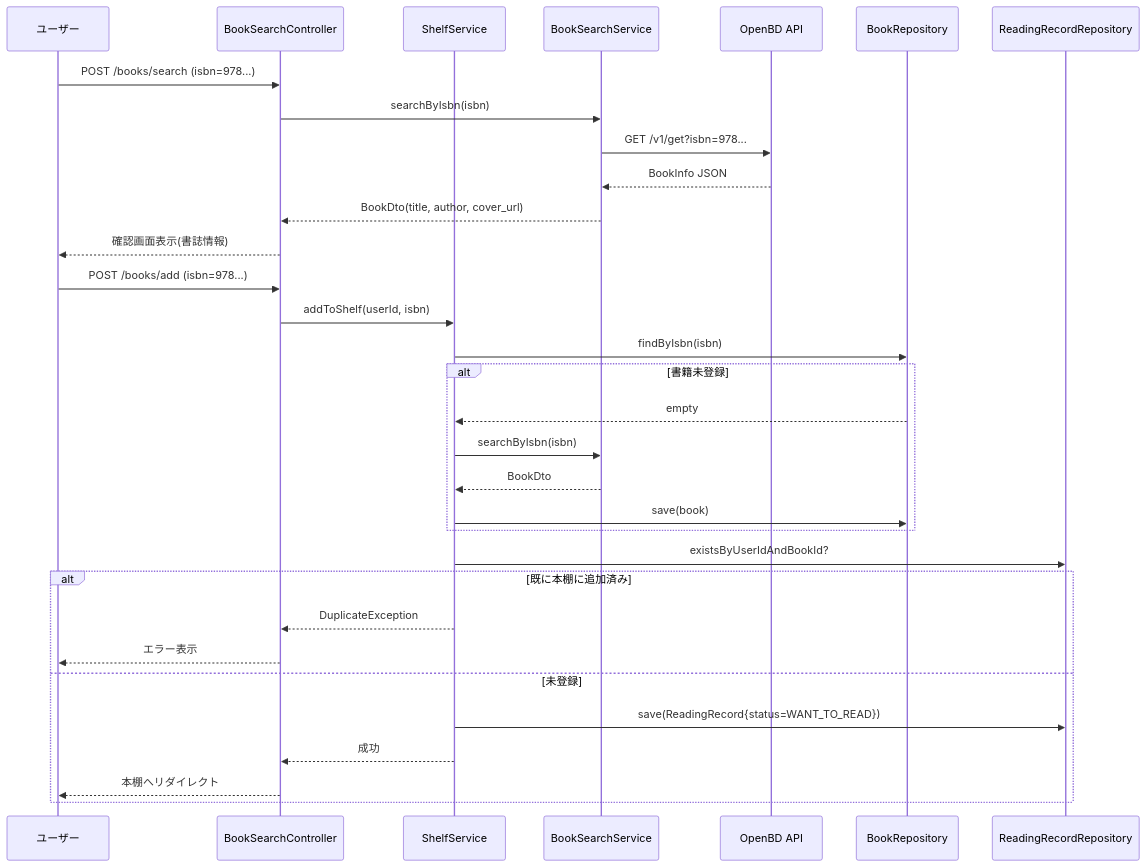
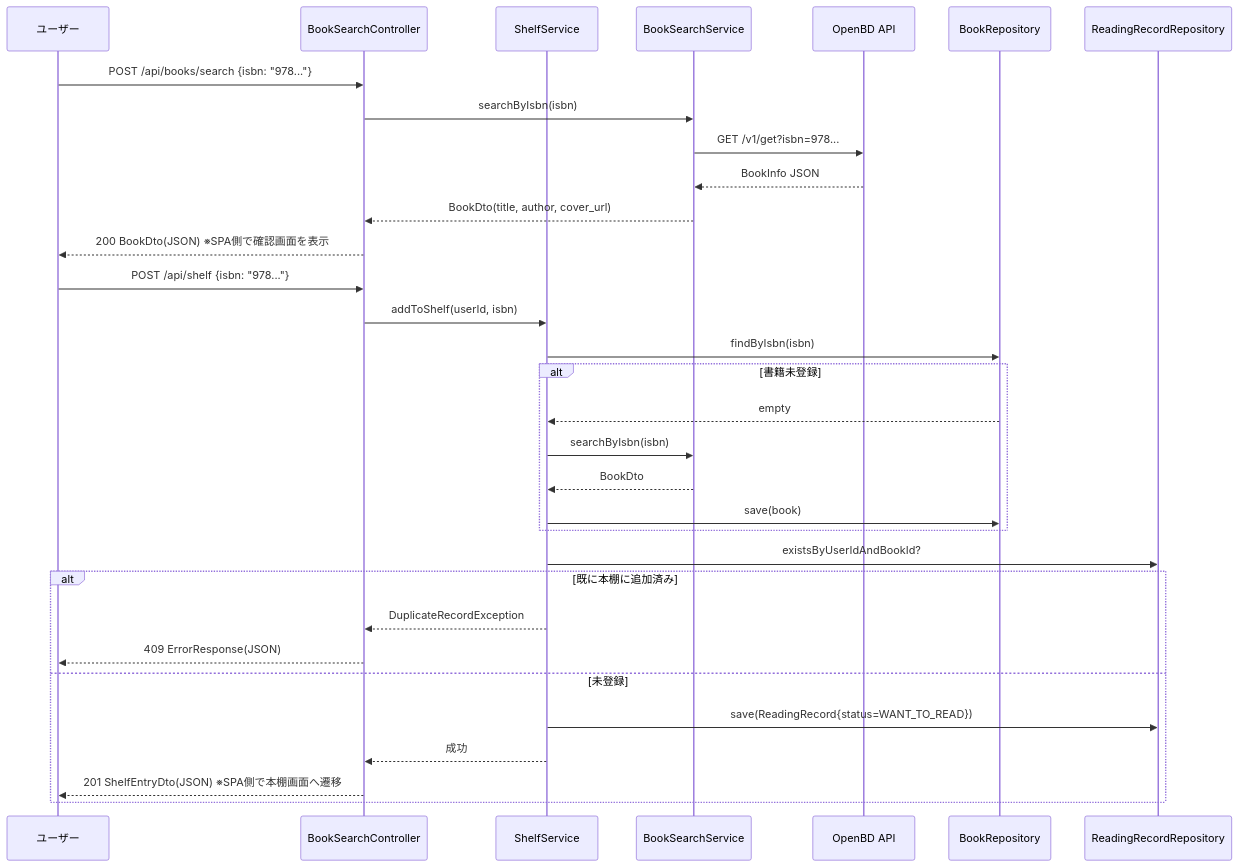
Before and after one commit to ichi-269/Bukuro: the third of 8 diagrams in docs/functional-design.md, drawn with Mermaid. The commit also changed other lines of this file and 104 other files, not shown here.

````diff
--- a/docs/functional-design.md
+++ b/docs/functional-design.md
@@ -289,36 +289,36 @@
 ```mermaid
 sequenceDiagram
     participant User as ユーザー
     participant Controller as BookSearchController
     participant ShelfSvc as ShelfService
     participant BookSearchSvc as BookSearchService
     participant OpenBD as OpenBD API
     participant BookRepo as BookRepository
     participant RecordRepo as ReadingRecordRepository
 
-    User->>Controller: POST /books/search (isbn=978...)
+    User->>Controller: POST /api/books/search {isbn: "978..."}
     Controller->>BookSearchSvc: searchByIsbn(isbn)
     BookSearchSvc->>OpenBD: GET /v1/get?isbn=978...
     OpenBD-->>BookSearchSvc: BookInfo JSON
     BookSearchSvc-->>Controller: BookDto(title, author, cover_url)
-    Controller-->>User: 確認画面表示(書誌情報)
+    Controller-->>User: 200 BookDto(JSON) ※SPA側で確認画面を表示
 
-    User->>Controller: POST /books/add (isbn=978...)
+    User->>Controller: POST /api/shelf {isbn: "978..."}
     Controller->>ShelfSvc: addToShelf(userId, isbn)
     ShelfSvc->>BookRepo: findByIsbn(isbn)
     alt 書籍未登録
         BookRepo-->>ShelfSvc: empty
         ShelfSvc->>BookSearchSvc: searchByIsbn(isbn)
         BookSearchSvc-->>ShelfSvc: BookDto
         ShelfSvc->>BookRepo: save(book)
     end
     ShelfSvc->>RecordRepo: existsByUserIdAndBookId?
     alt 既に本棚に追加済み
-        ShelfSvc-->>Controller: DuplicateException
-        Controller-->>User: エラー表示
+        ShelfSvc-->>Controller: DuplicateRecordException
+        Controller-->>User: 409 ErrorResponse(JSON)
     else 未登録
         ShelfSvc->>RecordRepo: save(ReadingRecord{status=WANT_TO_READ})
         ShelfSvc-->>Controller: 成功
-        Controller-->>User: 本棚へリダイレクト
+        Controller-->>User: 201 ShelfEntryDto(JSON) ※SPA側で本棚画面へ遷移
     end
 ```
````
